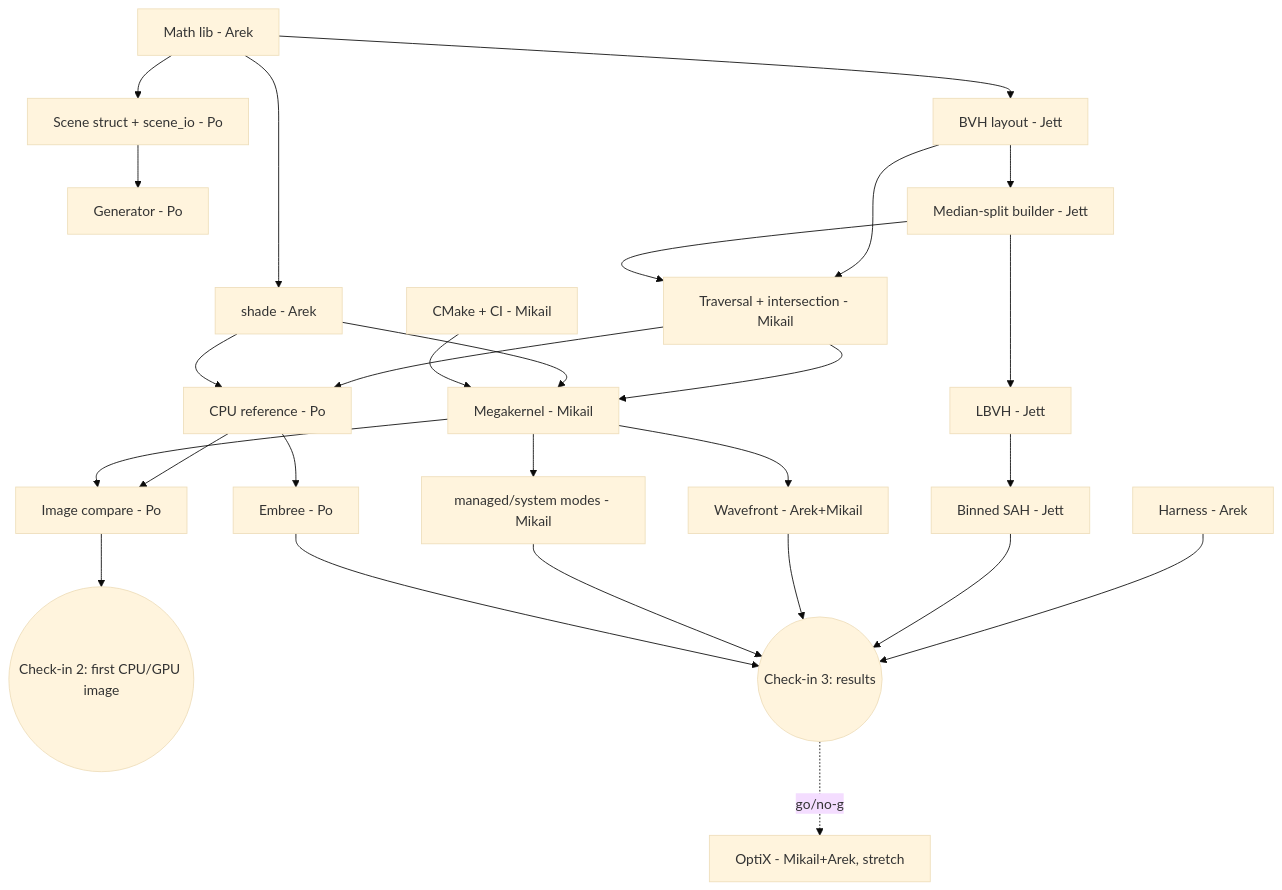
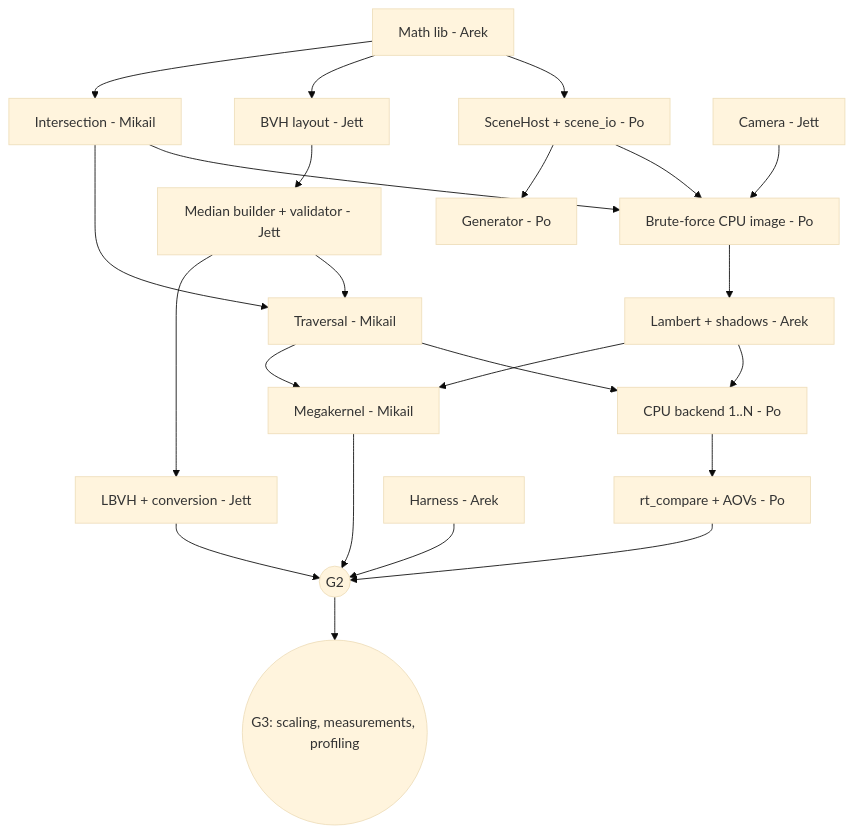
Before and after one commit to Mikail-Sadic-UT/Ray-Tracer: the second of 2 diagrams in docs/ROADMAP.md, drawn with Mermaid (base theme). The commit also changed other lines of this file and 12 other files, not shown here.

````diff
--- a/docs/ROADMAP.md
+++ b/docs/ROADMAP.md
@@ -32,28 +83,24 @@
 ```mermaid
 flowchart TD
-  M[Math lib - Arek] --> S[Scene struct + scene_io - Po]
+  M[Math lib - Arek] --> S[SceneHost + scene_io - Po]
   M --> BL[BVH layout - Jett]
+  M --> I[Intersection - Mikail]
+  S --> BR[Brute-force CPU image - Po]
+  I --> BR
+  CAM[Camera - Jett] --> BR
+  BR --> SH[Lambert + shadows - Arek]
+  BL --> MED[Median builder + validator - Jett]
+  MED --> TR[Traversal - Mikail]
+  I --> TR
+  TR --> CPU[CPU backend 1..N - Po]
+  SH --> CPU
   S --> GEN[Generator - Po]
-  BL --> MED[Median-split builder - Jett]
-  M --> SH[shade - Arek]
-  BL --> TR[Traversal + intersection - Mikail]
-  MED --> TR
-  TR --> REF[CPU reference - Po]
-  SH --> REF
+  CPU --> CMP[rt_compare + AOVs - Po]
   TR --> MK[Megakernel - Mikail]
   SH --> MK
-  CM[CMake + CI - Mikail] --> MK
-  REF --> IC[Image compare - Po]
-  MK --> IC
-  IC --> CK2((Check-in 2: first CPU/GPU image))
-  MED --> LB[LBVH - Jett] --> SAH[Binned SAH - Jett]
-  MK --> WF[Wavefront - Arek+Mikail]
-  MK --> MEM[managed/system modes - Mikail]
-  REF --> EMB[Embree - Po]
-  H[Harness - Arek] --> CK3((Check-in 3: results))
-  SAH --> CK3
-  WF --> CK3
-  MEM --> CK3
-  EMB --> CK3
-  CK3 -.go/no-go.-> OPX[OptiX - Mikail+Arek, stretch]
+  CMP --> G2((G2))
+  MK --> G2
+  MED --> LB[LBVH + conversion - Jett] --> G2
+  H[Harness - Arek] --> G2
+  G2 --> G3((G3: scaling, measurements, profiling))
 ```
````
